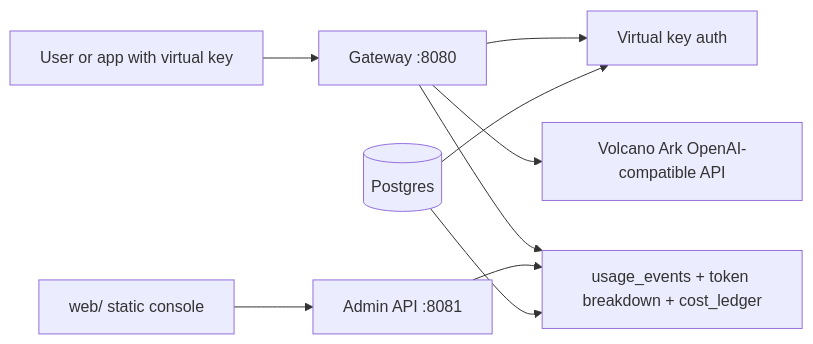
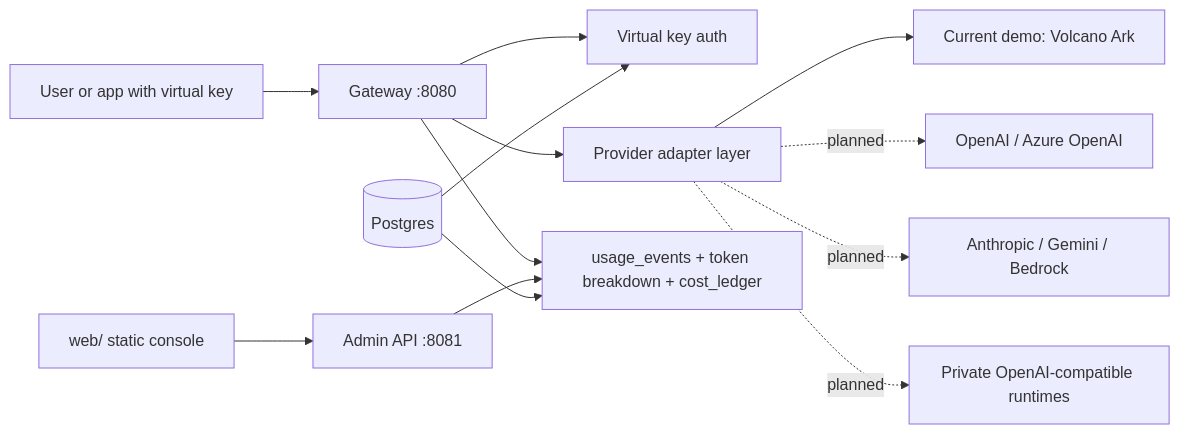
The diagram in README.md (CcCalana/omnitoken), drawn with Mermaid before and after one commit. The commit also changed other lines of this file and 1 other file, not shown here.

First line of the commit message:
docs: clarify provider-neutral roadmap

````diff
--- a/README.md
+++ b/README.md
@@ -71,11 +93,15 @@
 ```mermaid
 flowchart LR
   User["User or app with virtual key"] --> Gateway["Gateway :8080"]
   Gateway --> Auth["Virtual key auth"]
-  Gateway --> Ark["Volcano Ark OpenAI-compatible API"]
+  Gateway --> Adapters["Provider adapter layer"]
+  Adapters --> Ark["Current demo: Volcano Ark"]
+  Adapters -. planned .-> OpenAI["OpenAI / Azure OpenAI"]
+  Adapters -. planned .-> Native["Anthropic / Gemini / Bedrock"]
+  Adapters -. planned .-> Private["Private OpenAI-compatible runtimes"]
   Gateway --> Usage["usage_events + token breakdown + cost_ledger"]
   Admin["Admin API :8081"] --> Usage
   Web["web/ static console"] --> Admin
   Postgres[(Postgres)] --> Auth
   Postgres --> Usage
 ```
````
